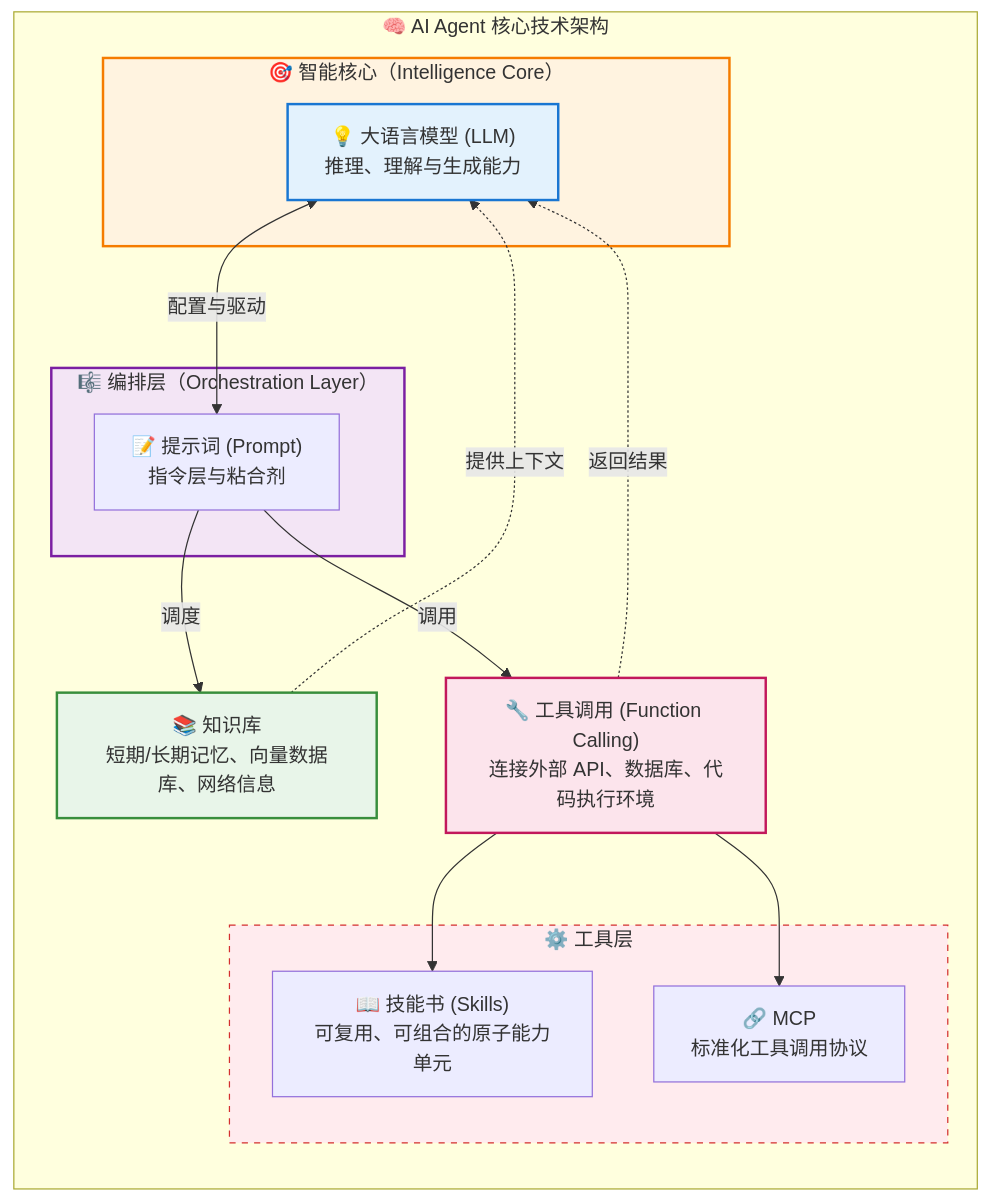
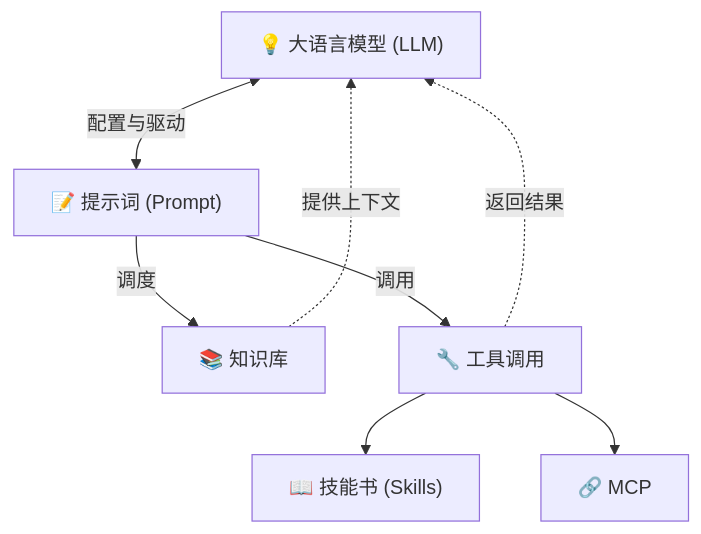
Before and after one commit to wb04307201/wb04307201: the first of 2 diagrams in note/11.ai/training/lession1/README.md, drawn with Mermaid. The commit also changed other lines of this file and 116 other files, not shown here.

````diff
--- a/note/11.ai/training/lession1/README.md
+++ b/note/11.ai/training/lession1/README.md
@@ -33,46 +55,17 @@
 ```mermaid
 flowchart TB
-    subgraph Core["🧠 AI Agent 核心技术架构"]
-        direction TB
-        
-        subgraph IC["🎯 智能核心（Intelligence Core）"]
-            LLM["💡 大语言模型 (LLM)<br/>推理、理解与生成能力"]
-        end
-        
-        subgraph OC["🎼 编排层（Orchestration Layer）"]
-            Prompt["📝 提示词 (Prompt)<br/>指令层与粘合剂"]
-        end
-        
-        Knowledge["📚 知识库<br/>短期/长期记忆、向量数据库、网络信息"]
-        
-        Tool["🔧 工具调用 (Function Calling)<br/>连接外部 API、数据库、代码执行环境"]
-        
-        subgraph ToolSub["⚙️ 工具层"]
-            Skills["📖 技能书 (Skills)<br/>可复用、可组合的原子能力单元"]
-            MCP["🔗 MCP<br/>标准化工具调用协议"]
-        end
-    end
-    
+    LLM["💡 大语言模型 (LLM)"]
+    Prompt["📝 提示词 (Prompt)"]
+    Knowledge["📚 知识库"]
+    Tool["🔧 工具调用"]
+    Skills["📖 技能书 (Skills)"]
+    MCP["🔗 MCP"]
+
     LLM <-->|配置与驱动| Prompt
     Prompt -->|调度| Knowledge
     Prompt -->|调用| Tool
     Tool --> Skills
     Tool --> MCP
     Knowledge -.->|提供上下文| LLM
     Tool -.->|返回结果| LLM
-    
-    classDef core fill:#e3f2fd,stroke:#1976d2,stroke-width:2px
-    classDef intelligence fill:#fff3e0,stroke:#f57c00,stroke-width:2px
-    classDef orchestration fill:#f3e5f5,stroke:#7b1fa2,stroke-width:2px
-    classDef knowledge fill:#e8f5e9,stroke:#388e3c,stroke-width:2px
-    classDef tool fill:#fce4ec,stroke:#c2185b,stroke-width:2px
-    classDef toolsub fill:#ffebee,stroke:#d32f2f,stroke-width:1px,stroke-dasharray: 5 5
-    
-    class LLM core
-    class IC intelligence
-    class OC orchestration
-    class Knowledge knowledge
-    class Tool tool
-    class ToolSub toolsub
-
 ```
````
